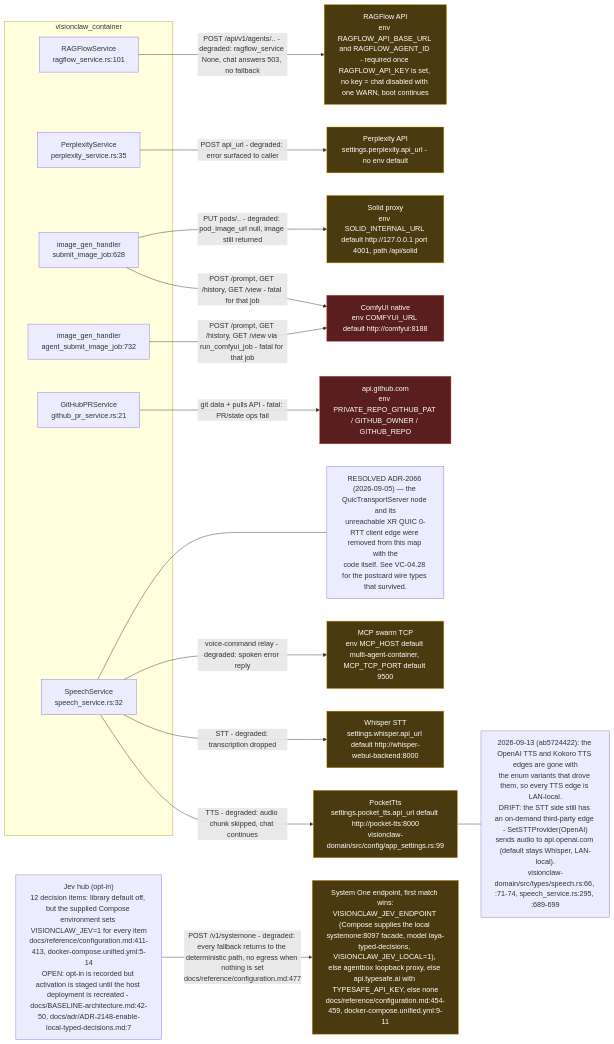
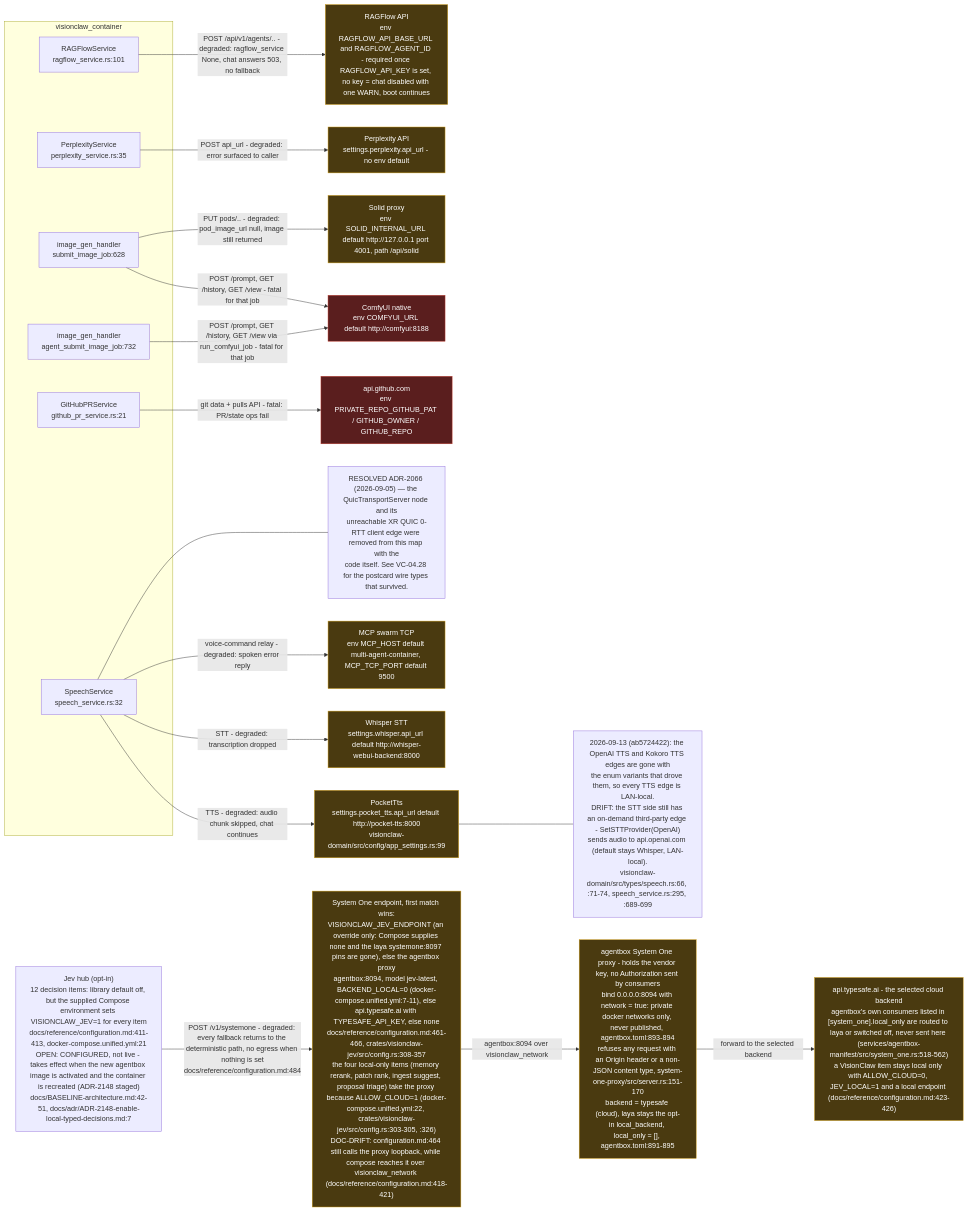
One commit to DreamLab-AI/VisionFlow changed the eighth of 8 diagrams in docs/diagrams/visionclaw/28-external-services.md. Above: the diagram before and after it, drawn with Mermaid. The commit also changed other lines of this file and 142 other files, not shown here.

First line of the commit message:
docs(diagrams): one System One route; re-verify 140 topics at today's heads

````diff
--- a/docs/diagrams/visionclaw/28-external-services.md
+++ b/docs/diagrams/visionclaw/28-external-services.md
@@ -380,43 +383,47 @@
 ```mermaid
 flowchart LR
     subgraph app["visionclaw_container"]
         RS["RAGFlowService<br/>ragflow_service.rs:101"]
         PS["PerplexityService<br/>perplexity_service.rs:35"]
         IG["image_gen_handler<br/>submit_image_job:628"]
         AG["image_gen_handler<br/>agent_submit_image_job:732"]
         GH["GitHubPRService<br/>github_pr_service.rs:21"]
         SS["SpeechService<br/>speech_service.rs:32"]
     end
 
     RF["RAGFlow API<br/>env RAGFLOW_API_BASE_URL and RAGFLOW_AGENT_ID - required once RAGFLOW_API_KEY is set, no key = chat disabled with one WARN, boot continues"]
     PX["Perplexity API<br/>settings.perplexity.api_url - no env default"]
     CFU["ComfyUI native<br/>env COMFYUI_URL default http://comfyui:8188"]
     SOL["Solid proxy<br/>env SOLID_INTERNAL_URL default http://127.0.0.1 port 4001, path /api/solid"]
     GHA["api.github.com<br/>env PRIVATE_REPO_GITHUB_PAT / GITHUB_OWNER / GITHUB_REPO"]
     PT["PocketTts<br/>settings.pocket_tts.api_url default http://pocket-tts:8000<br/>visionclaw-domain/src/config/app_settings.rs:99"]
     WHI["Whisper STT<br/>settings.whisper.api_url default http://whisper-webui-backend:8000"]
     MCPS["MCP swarm TCP<br/>env MCP_HOST default multi-agent-container, MCP_TCP_PORT default 9500"]
 
     RS -->|"POST /api/v1/agents/.. - degraded: ragflow_service None, chat answers 503, no fallback"| RF
     PS -->|"POST api_url - degraded: error surfaced to caller"| PX
     IG -->|"POST /prompt, GET /history, GET /view - fatal for that job"| CFU
     AG -->|"POST /prompt, GET /history, GET /view via run_comfyui_job - fatal for that job"| CFU
     IG -->|"PUT pods/.. - degraded: pod_image_url null, image still returned"| SOL
     GH -->|"git data + pulls API - fatal: PR/state ops fail"| GHA
     SS -->|"TTS - degraded: audio chunk skipped, chat continues"| PT
     SS -->|"STT - degraded: transcription dropped"| WHI
     SS -->|"voice-command relay - degraded: spoken error reply"| MCPS
-    JV["Jev hub (opt-in)<br/>12 decision items: library default off, but the supplied Compose environment sets VISIONCLAW_JEV=1 for every item<br/>docs/reference/configuration.md:411-413, docker-compose.unified.yml:5-14<br/>OPEN: opt-in is recorded but activation is staged until the host deployment is recreated - docs/BASELINE-architecture.md:42-50, docs/adr/ADR-2148-enable-local-typed-decisions.md:7"]
-    JEP["System One endpoint, first match wins:<br/>VISIONCLAW_JEV_ENDPOINT (Compose supplies the local systemone:8097 facade, model laya-typed-decisions, VISIONCLAW_JEV_LOCAL=1), else agentbox loopback proxy, else api.typesafe.ai with TYPESAFE_API_KEY, else none<br/>docs/reference/configuration.md:454-459, docker-compose.unified.yml:9-11"]
-    JV -->|"POST /v1/systemone - degraded: every fallback returns to the deterministic path, no egress when nothing is set<br/>docs/reference/configuration.md:477"| JEP
+    JV["Jev hub (opt-in)<br/>12 decision items: library default off, but the supplied Compose environment sets VISIONCLAW_JEV=1 for every item<br/>docs/reference/configuration.md:411-413, docker-compose.unified.yml:21<br/>OPEN: CONFIGURED, not live - takes effect when the new agentbox image is activated and the container is recreated (ADR-2148 staged)<br/>docs/BASELINE-architecture.md:42-51, docs/adr/ADR-2148-enable-local-typed-decisions.md:7"]
+    JEP["System One endpoint, first match wins:<br/>VISIONCLAW_JEV_ENDPOINT (an override only: Compose supplies none and the laya systemone:8097 pins are gone), else the agentbox proxy<br/>agentbox:8094, model jev-latest, BACKEND_LOCAL=0 (docker-compose.unified.yml:7-11), else api.typesafe.ai with TYPESAFE_API_KEY, else none<br/>docs/reference/configuration.md:461-466, crates/visionclaw-jev/src/config.rs:308-357<br/>the four local-only items (memory rerank, patch rank, ingest suggest, proposal triage) take the proxy because ALLOW_CLOUD=1 (docker-compose.unified.yml:22, crates/visionclaw-jev/src/config.rs:303-305, :326)<br/>DOC-DRIFT: configuration.md:464 still calls the proxy loopback, while compose reaches it over visionclaw_network (docs/reference/configuration.md:418-421)"]
+    AB["agentbox System One proxy - holds the vendor key, no Authorization sent by consumers<br/>bind 0.0.0.0:8094 with network = true: private docker networks only, never published, agentbox.toml:893-894<br/>refuses any request with an Origin header or a non-JSON content type, system-one-proxy/src/server.rs:151-170<br/>backend = typesafe (cloud), laya stays the opt-in local_backend, local_only = [], agentbox.toml:891-895"]
+    TS["api.typesafe.ai - the selected cloud backend<br/>agentbox's own consumers listed in [system_one].local_only are routed to laya or switched off, never sent here (services/agentbox-manifest/src/system_one.rs:518-562)<br/>a VisionClaw item stays local only with ALLOW_CLOUD=0, JEV_LOCAL=1 and a local endpoint (docs/reference/configuration.md:423-426)"]
+    JV -->|"POST /v1/systemone - degraded: every fallback returns to the deterministic path, no egress when nothing is set<br/>docs/reference/configuration.md:484"| JEP
+    JEP -->|"agentbox:8094 over visionclaw_network"| AB
+    AB -->|"forward to the selected backend"| TS
 
     N1["RESOLVED ADR-2066 (2026-09-05) — the QuicTransportServer node and its<br/>unreachable XR QUIC 0-RTT client edge were removed from this map with the<br/>code itself. See VC-04.28 for the postcard wire types that survived."]
     SS --- N1
     N2["2026-09-13 (ab5724422): the OpenAI TTS and Kokoro TTS edges are gone with<br/>the enum variants that drove them, so every TTS edge is LAN-local.<br/>DRIFT: the STT side still has an on-demand third-party edge - SetSTTProvider(OpenAI)<br/>sends audio to api.openai.com (default stays Whisper, LAN-local).<br/>visionclaw-domain/src/types/speech.rs:66, :71-74, speech_service.rs:295, :689-699"]
     PT --- N2
 
     classDef fatal fill:#5a1e1e,stroke:#c0392b,color:#fff
     classDef degraded fill:#4a3a10,stroke:#d4a017,color:#fff
     class GHA,CFU fatal
-    class RF,PX,SOL,PT,WHI,MCPS,JEP degraded
+    class RF,PX,SOL,PT,WHI,MCPS,JEP,AB,TS degraded
 ```
````
